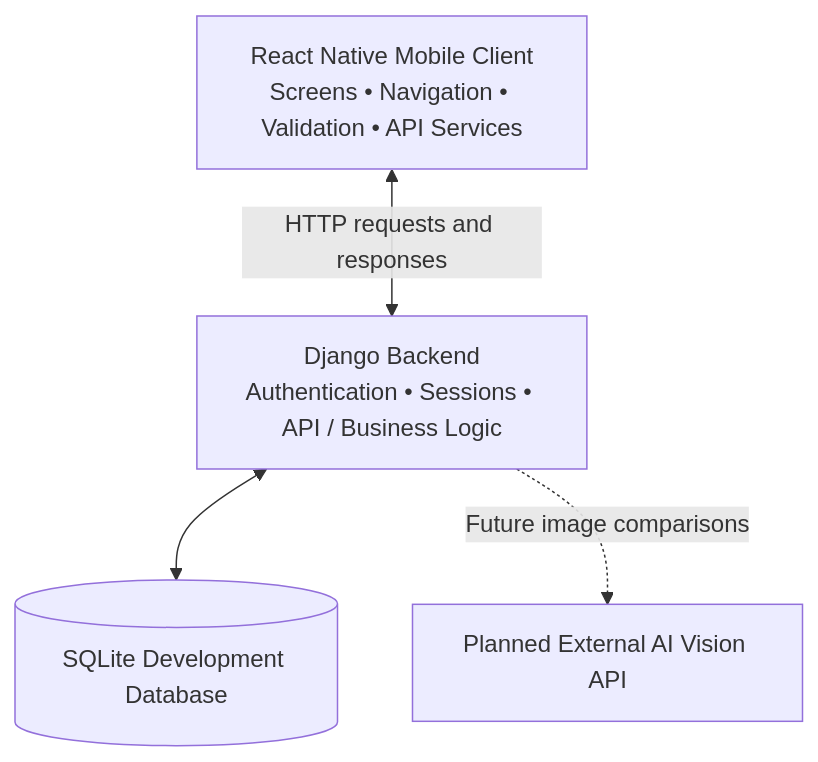
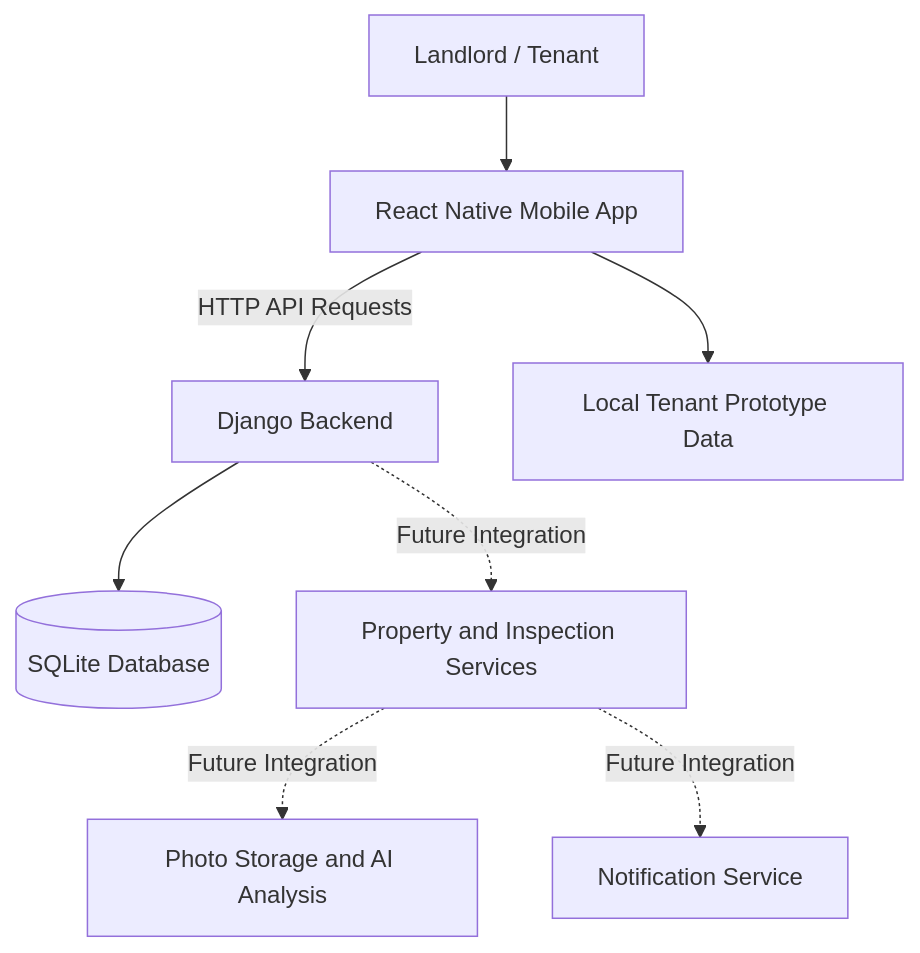
The diagram in README.md (jaskaranbhogal/LeaseGuard), drawn with Mermaid before and after one commit. The commit also changed other lines of this file, not shown here.

````diff
--- a/README.md
+++ b/README.md
@@ -137,10 +305,10 @@
 ```mermaid
-flowchart TB
-    Client[React Native Mobile Client<br/>Screens • Navigation • Validation • API Services]
-    Server[Django Backend<br/>Authentication • Sessions • API / Business Logic]
-    DB[(SQLite Development Database)]
-    AI[Planned External AI Vision API]
-    Client <-->|HTTP requests and responses| Server
-    Server <--> DB
-    Server -.->|Future image comparisons| AI
+flowchart TD
+    A[Landlord / Tenant] --> B[React Native Mobile App]
+    B -->|HTTP API Requests| C[Django Backend]
+    C --> D[(SQLite Database)]
+    B --> E[Local Tenant Prototype Data]
+    C -. Future Integration .-> F[Property and Inspection Services]
+    F -. Future Integration .-> G[Photo Storage and AI Analysis]
+    F -. Future Integration .-> H[Notification Service]
 ```
````
